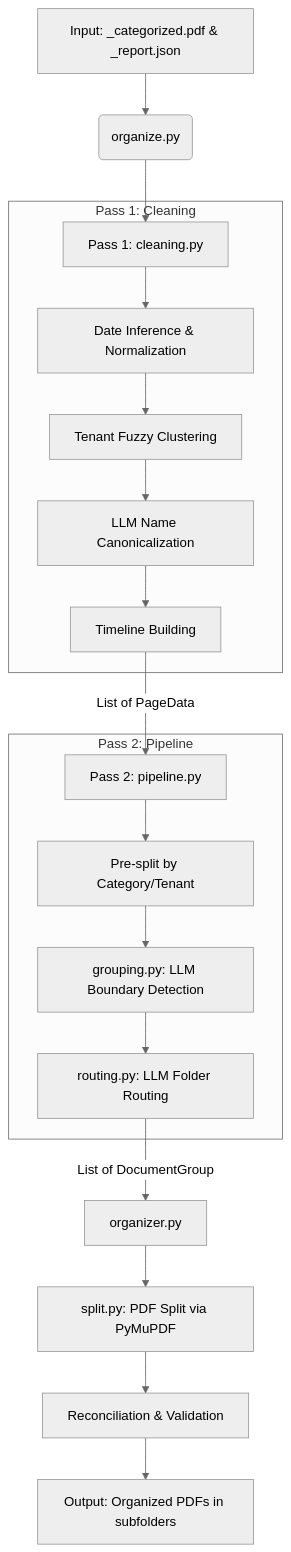
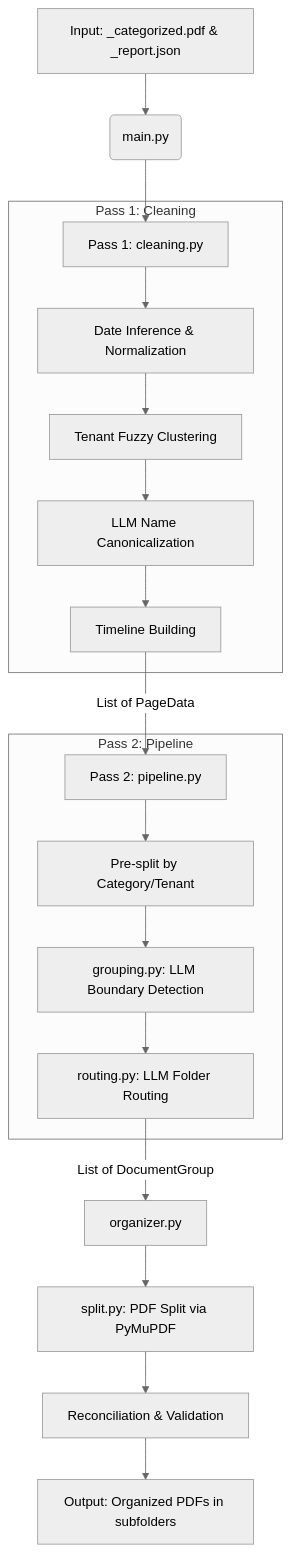
Before and after one commit to emadprograms/file-organizer: the diagram in .planning/codebase/ARCHITECTURE.md, drawn with Mermaid (neutral theme). The commit also changed other lines of this file and 100 other files, not shown here.

````diff
--- a/.planning/codebase/ARCHITECTURE.md
+++ b/.planning/codebase/ARCHITECTURE.md
@@ -37,25 +37,25 @@
 ```mermaid
 flowchart TD
-    A[Input: _categorized.pdf & _report.json] --> B(organize.py)
+    A[Input: _categorized.pdf & _report.json] --> B(main.py)
     B --> C[Pass 1: cleaning.py]
     
     subgraph Pass 1: Cleaning
         C --> C1[Date Inference & Normalization]
         C1 --> C2[Tenant Fuzzy Clustering]
         C2 --> C3[LLM Name Canonicalization]
         C3 --> C4[Timeline Building]
     end
     
     C4 -->|List of PageData| D[Pass 2: pipeline.py]
     
     subgraph Pass 2: Pipeline
         D --> D1[Pre-split by Category/Tenant]
         D1 --> D2[grouping.py: LLM Boundary Detection]
         D2 --> D3[routing.py: LLM Folder Routing]
     end
     
     D3 -->|List of DocumentGroup| E[organizer.py]
     E --> F[split.py: PDF Split via PyMuPDF]
     F --> G[Reconciliation & Validation]
     G --> H[Output: Organized PDFs in subfolders]
 ```
````
